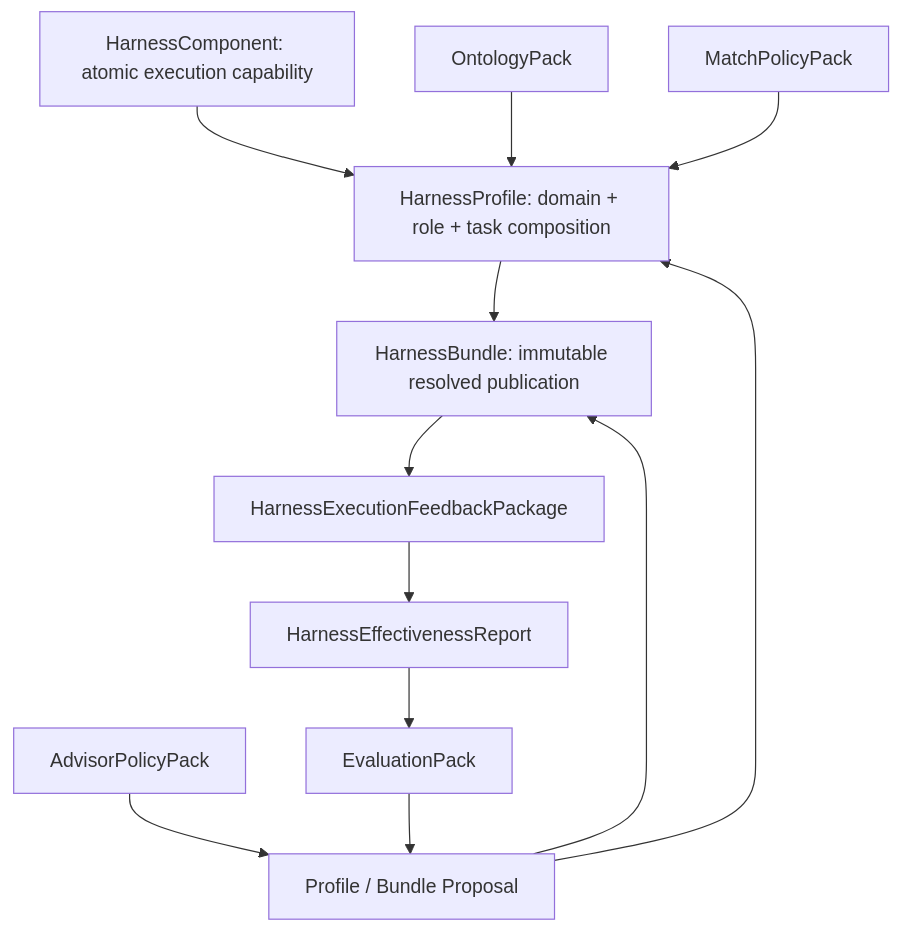
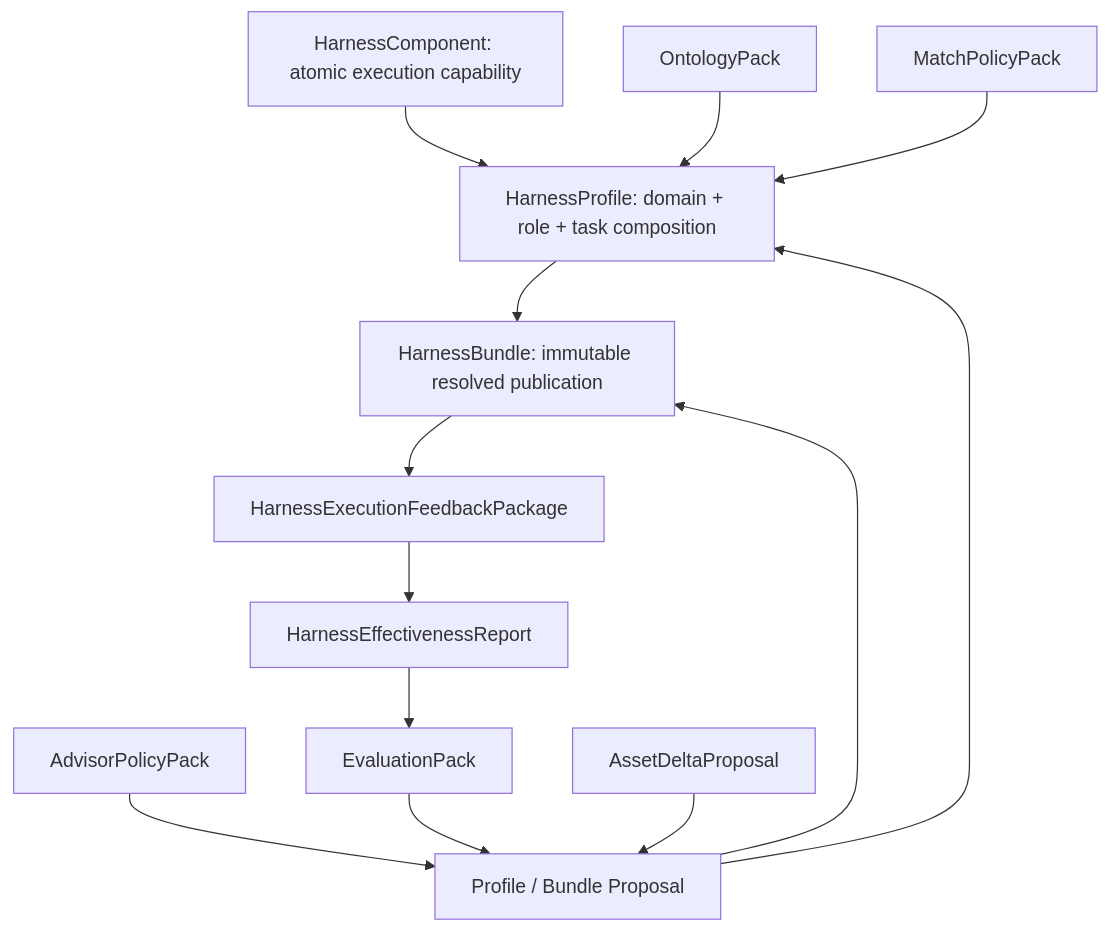
One commit to yeliang-wang/evopilot-harness changed the diagram in docs/architecture/v3-asset-model.md. Above: the diagram before and after it, drawn with Mermaid. The commit also changed other lines of this file and 109 other files, not shown here.

````diff
--- a/docs/architecture/v3-asset-model.md
+++ b/docs/architecture/v3-asset-model.md
@@ -5,14 +5,15 @@
 ```mermaid
 flowchart TD
   Component["HarnessComponent: atomic execution capability"] --> Profile["HarnessProfile: domain + role + task composition"]
   Profile --> Bundle["HarnessBundle: immutable resolved publication"]
   Ontology["OntologyPack"] --> Profile
   Matcher["MatchPolicyPack"] --> Profile
   Advisor["AdvisorPolicyPack"] --> Review["Profile / Bundle Proposal"]
   Evaluation["EvaluationPack"] --> Review
+  Delta["AssetDeltaProposal"] --> Review
   Feedback["HarnessExecutionFeedbackPackage"] --> Effect["HarnessEffectivenessReport"]
   Bundle --> Feedback
   Effect --> Evaluation
   Review --> Profile
   Review --> Bundle
 ```
````
